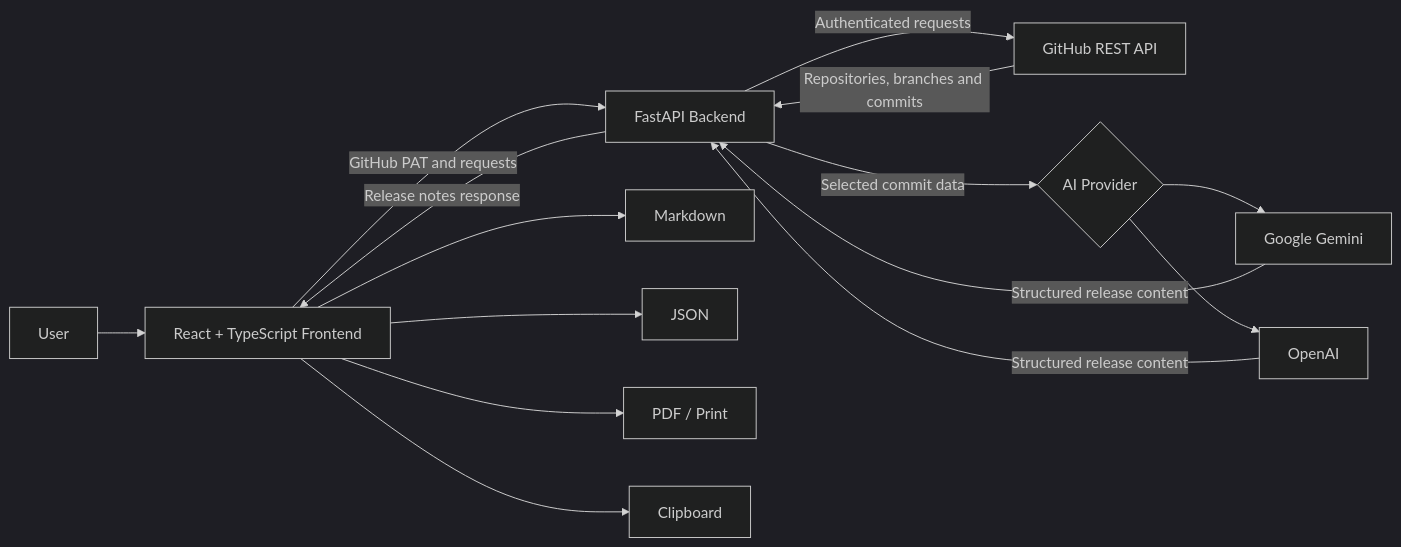
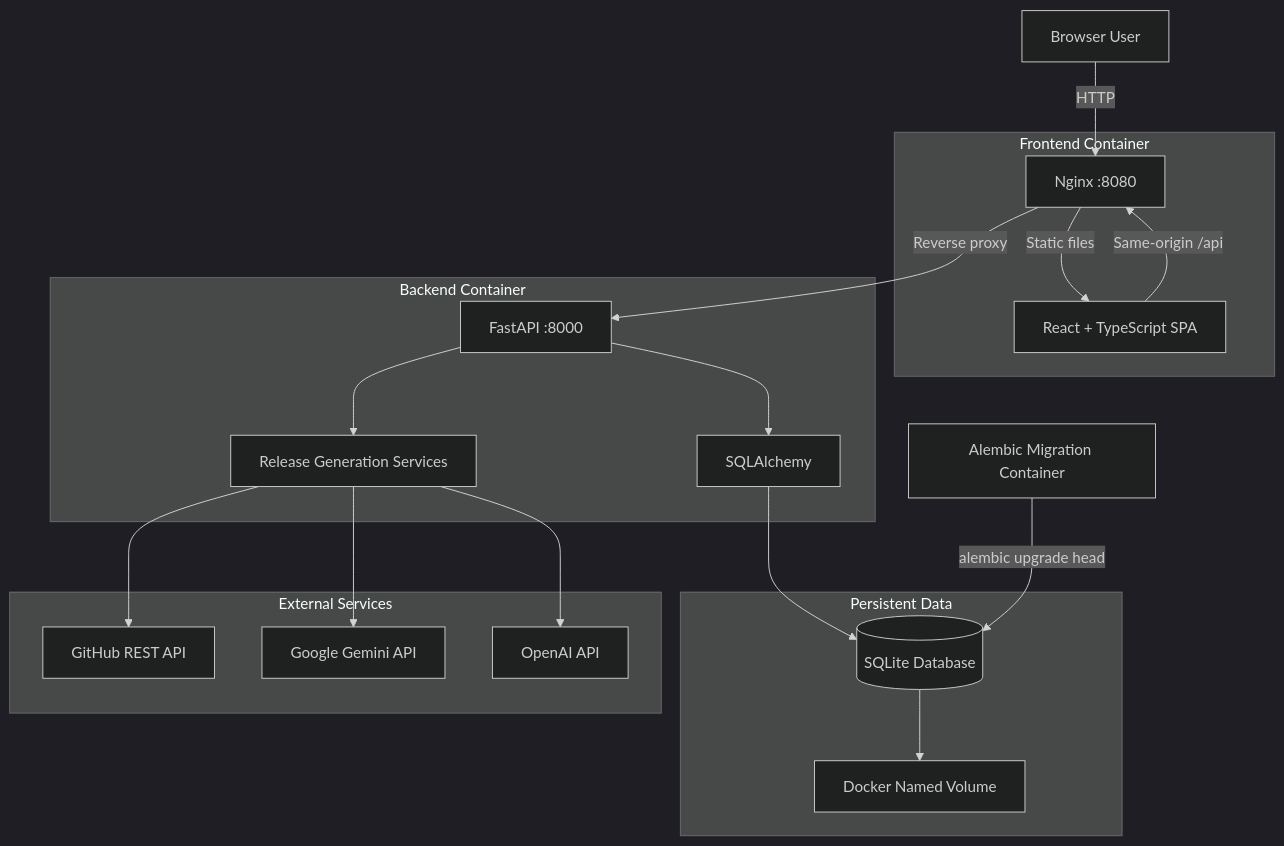
One commit to arshad-rahman/relescope changed the diagram in README.md. Above: the diagram before and after it, drawn with Mermaid (dark theme). The commit also changed other lines of this file, not shown here.

````diff
--- a/README.md
+++ b/README.md
@@ -107,23 +179,44 @@
 ```mermaid
-flowchart LR
-    U[User] --> FE[React + TypeScript Frontend]
+flowchart TD
+    USER[Browser User]
 
-    FE -->|GitHub PAT and requests| API[FastAPI Backend]
+    subgraph FRONTEND[Frontend Container]
+        NGINX[Nginx :8080]
+        REACT[React + TypeScript SPA]
+    end
 
-    API -->|Authenticated requests| GH[GitHub REST API]
-    GH -->|Repositories, branches and commits| API
+    subgraph BACKEND[Backend Container]
+        API[FastAPI :8000]
+        SERVICE[Release Generation Services]
+        ORM[SQLAlchemy]
+    end
 
-    API -->|Selected commit data| AI{AI Provider}
-    AI --> GEMINI[Google Gemini]
-    AI --> OPENAI[OpenAI]
+    subgraph DATA[Persistent Data]
+        DB[(SQLite Database)]
+        VOLUME[Docker Named Volume]
+    end
 
-    GEMINI -->|Structured release content| API
-    OPENAI -->|Structured release content| API
+    subgraph EXTERNAL[External Services]
+        GITHUB[GitHub REST API]
+        GEMINI[Google Gemini API]
+        OPENAI[OpenAI API]
+    end
 
-    API -->|Release notes response| FE
+    MIGRATE[Alembic Migration Container]
 
-    FE --> MD[Markdown]
-    FE --> JSON[JSON]
-    FE --> PDF[PDF / Print]
-    FE --> COPY[Clipboard]
+    USER -->|HTTP| NGINX
+    NGINX -->|Static files| REACT
+    REACT -->|Same-origin /api| NGINX
+    NGINX -->|Reverse proxy| API
+
+    API --> SERVICE
+    SERVICE --> GITHUB
+    SERVICE --> GEMINI
+    SERVICE --> OPENAI
+
+    API --> ORM
+    ORM --> DB
+    DB --> VOLUME
+
+    MIGRATE -->|alembic upgrade head| DB
 ```
````
